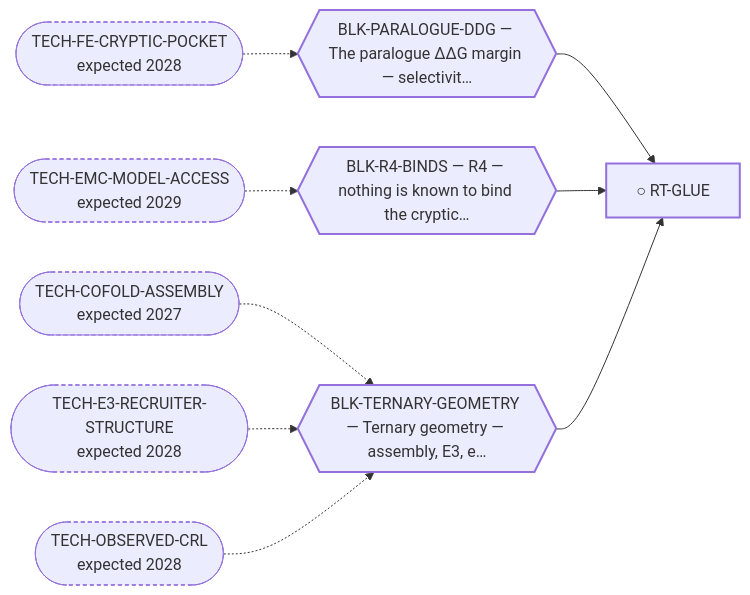
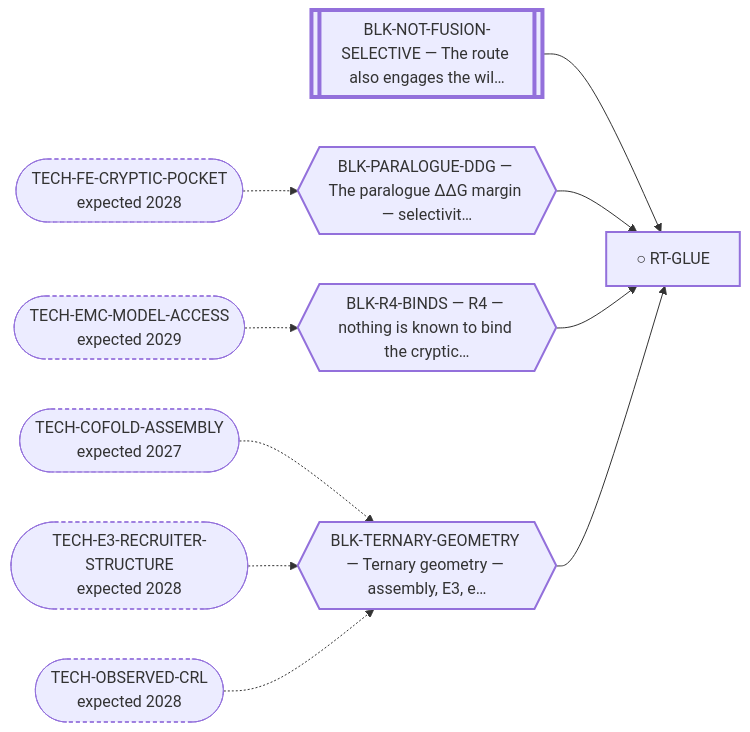
Before and after one commit to trimcrae/Rare-cancers: the diagram in systems/views/L2-rt-glue.md, drawn with Mermaid. The commit also changed other lines of this file and 16 other files, not shown here.

````diff
--- a/systems/views/L2-rt-glue.md
+++ b/systems/views/L2-rt-glue.md
@@ -27,24 +27,26 @@
 ```mermaid
 flowchart LR
   RT_GLUE["○ RT-GLUE"]:::fam
+  BLK_NOT_FUSION_SELECTIVE[["BLK-NOT-FUSION-SELECTIVE — The route also engages the wil…"]]:::perm
+  BLK_NOT_FUSION_SELECTIVE --> RT_GLUE
   BLK_PARALOGUE_DDG{{"BLK-PARALOGUE-DDG — The paralogue ΔΔG margin — selectivit…"}}:::blk
   BLK_PARALOGUE_DDG --> RT_GLUE
   TECH_FE_CRYPTIC_POCKET(["TECH-FE-CRYPTIC-POCKET<br/>expected 2028"]):::tech
   TECH_FE_CRYPTIC_POCKET -.-> BLK_PARALOGUE_DDG
   BLK_R4_BINDS{{"BLK-R4-BINDS — R4 — nothing is known to bind the cryptic…"}}:::blk
   BLK_R4_BINDS --> RT_GLUE
   TECH_EMC_MODEL_ACCESS(["TECH-EMC-MODEL-ACCESS<br/>expected 2029"]):::tech
   TECH_EMC_MODEL_ACCESS -.-> BLK_R4_BINDS
   BLK_TERNARY_GEOMETRY{{"BLK-TERNARY-GEOMETRY — Ternary geometry — assembly, E3, e…"}}:::blk
   BLK_TERNARY_GEOMETRY --> RT_GLUE
   TECH_COFOLD_ASSEMBLY(["TECH-COFOLD-ASSEMBLY<br/>expected 2027"]):::tech
   TECH_COFOLD_ASSEMBLY -.-> BLK_TERNARY_GEOMETRY
   TECH_E3_RECRUITER_STRUCTURE(["TECH-E3-RECRUITER-STRUCTURE<br/>expected 2028"]):::tech
   TECH_E3_RECRUITER_STRUCTURE -.-> BLK_TERNARY_GEOMETRY
   TECH_OBSERVED_CRL(["TECH-OBSERVED-CRL<br/>expected 2028"]):::tech
   TECH_OBSERVED_CRL -.-> BLK_TERNARY_GEOMETRY
   classDef fam stroke-width:2px;
   classDef blk stroke-width:2px;
   classDef perm stroke-width:4px;
   classDef tech stroke-width:1px,stroke-dasharray:4 3;
 ```
````
